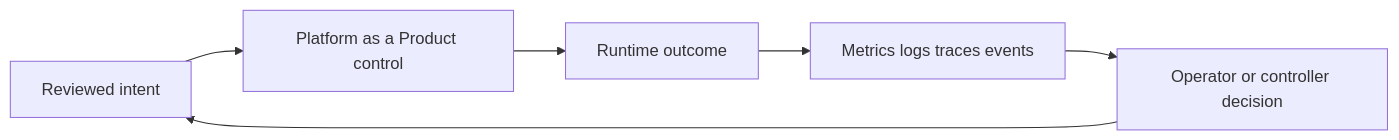
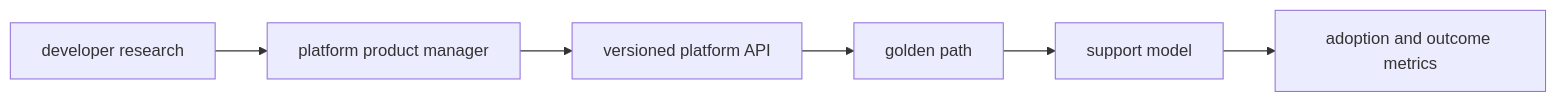
One commit to m1mohamad/devops-sre-prep changed the diagram in docs/study/platform-engineering/01-platform-as-a-product.md. Above: the diagram before and after it, drawn with Mermaid. The commit also changed other lines of this file and 61 other files, not shown here.

Commit message:
Replace generic architecture and study templates

````diff
--- a/docs/study/platform-engineering/01-platform-as-a-product.md
+++ b/docs/study/platform-engineering/01-platform-as-a-product.md
@@ -20,8 +15,4 @@
 ```mermaid
 flowchart LR
-  Intent[Reviewed intent] --> Control[Platform as a Product control]
-  Control --> Runtime[Runtime outcome]
-  Runtime --> Signals[Metrics logs traces events]
-  Signals --> Decision[Operator or controller decision]
-  Decision --> Intent
+  N0[developer research] --> N1[platform product manager] --> N2[versioned platform API] --> N3[golden path] --> N4[support model] --> N5[adoption and outcome metrics]
 ```
````
